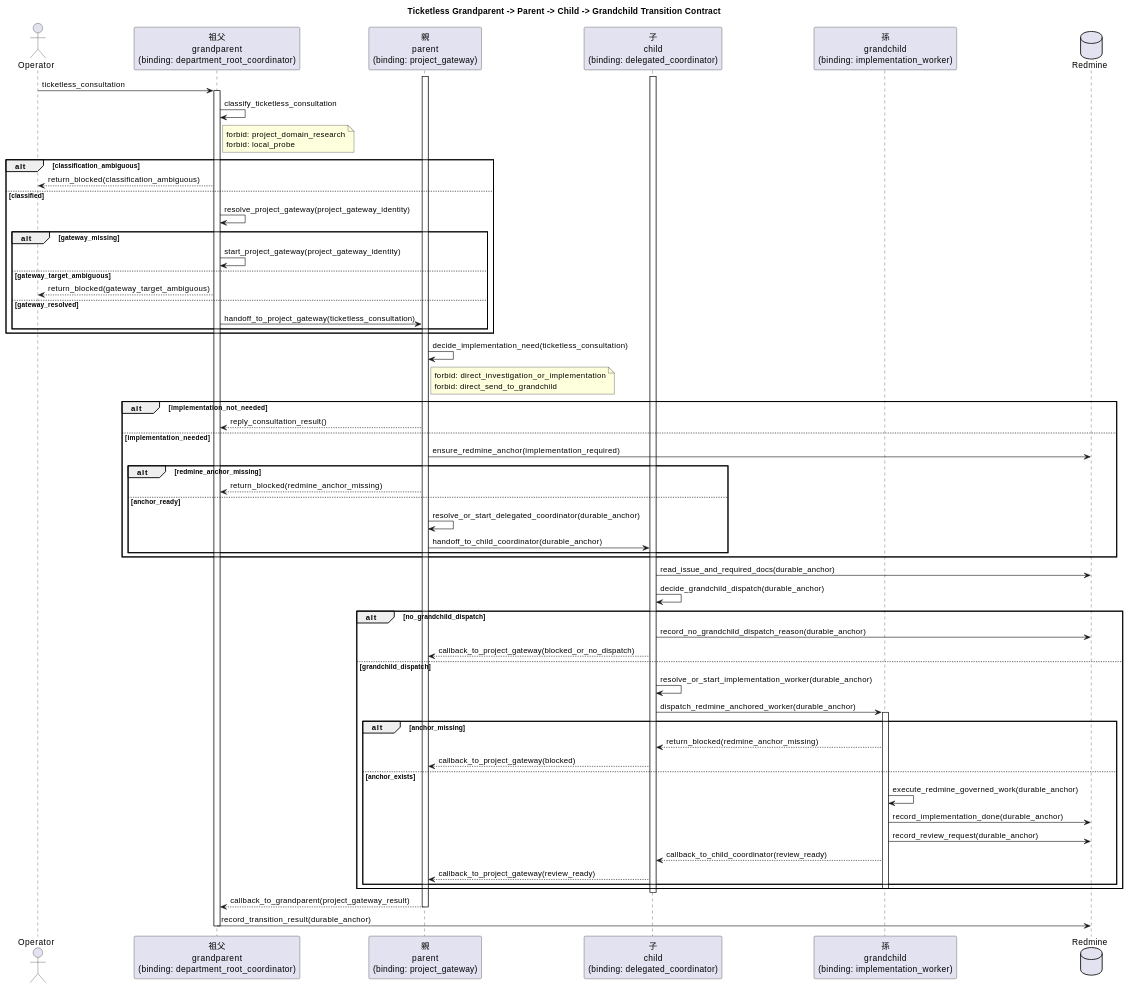
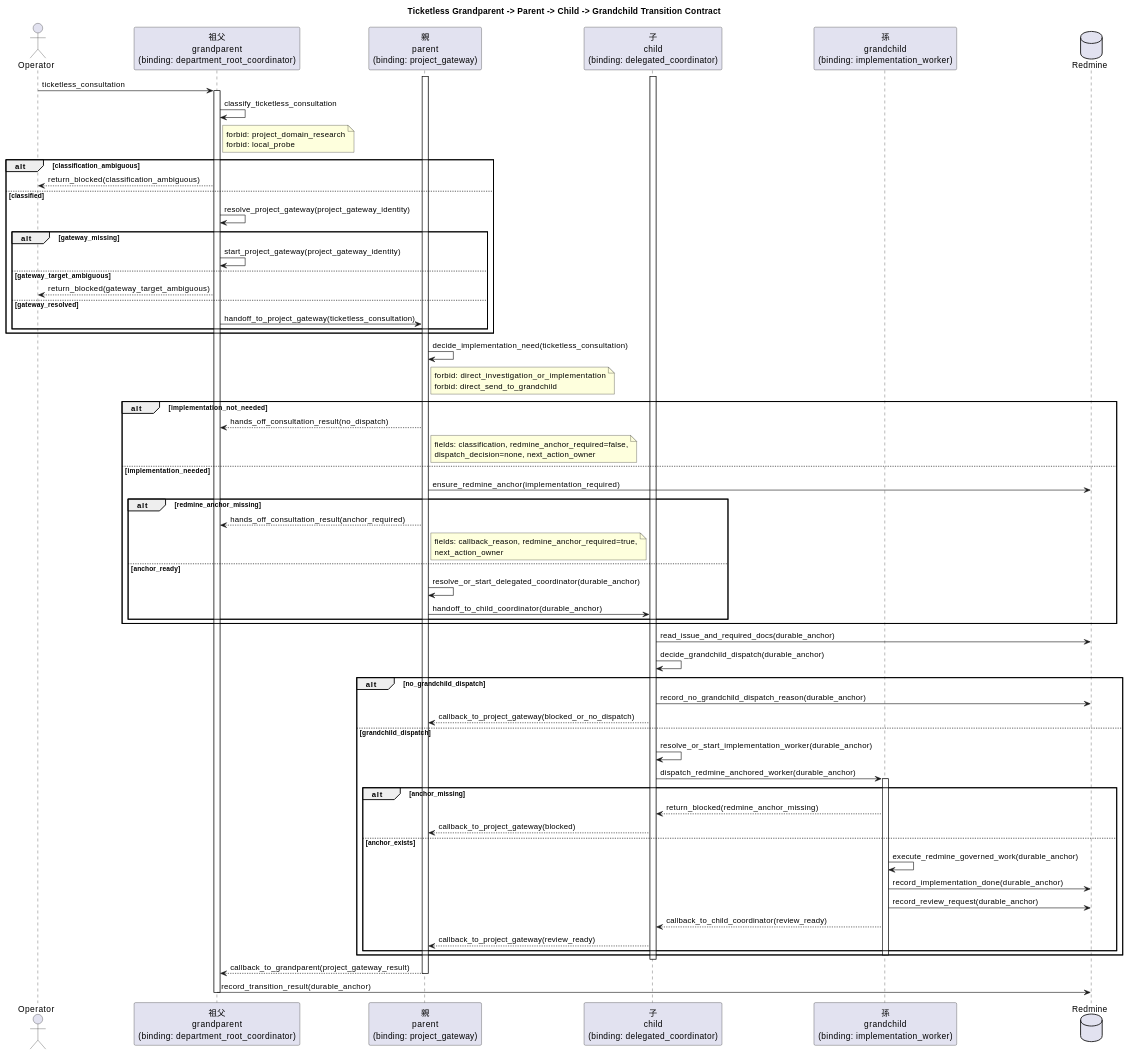
Before and after one commit to hollySizzle/mozyo_bridge: the diagram in vibes/docs/logics/ticketless-project-gateway-runtime-ux.md, drawn with PlantUML. The commit also changed other lines of this file and 1 other file, not shown here.

Commit message:
Document ticketless callback hands-off contract
Refs: Redmine #12698

Refs: Redmine #12700

issue_12698 issue_12700

```diff
--- a/vibes/docs/logics/ticketless-project-gateway-runtime-ux.md
+++ b/vibes/docs/logics/ticketless-project-gateway-runtime-ux.md
@@ -242,11 +247,19 @@
 end note
 
 alt implementation_not_needed
-  Parent --> Grandparent: reply_consultation_result()
+  Parent --> Grandparent: hands_off_consultation_result(no_dispatch)
+  note right of Parent
+    fields: classification, redmine_anchor_required=false,
+    dispatch_decision=none, next_action_owner
+  end note
 else implementation_needed
   Parent -> Redmine: ensure_redmine_anchor(implementation_required)
   alt redmine_anchor_missing
-    Parent --> Grandparent: return_blocked(redmine_anchor_missing)
+    Parent --> Grandparent: hands_off_consultation_result(anchor_required)
+    note right of Parent
+      fields: callback_reason, redmine_anchor_required=true,
+      next_action_owner
+    end note
   else anchor_ready
     Parent -> Parent: resolve_or_start_delegated_coordinator(durable_anchor)
     Parent -> Child: handoff_to_child_coordinator(durable_anchor)
```
